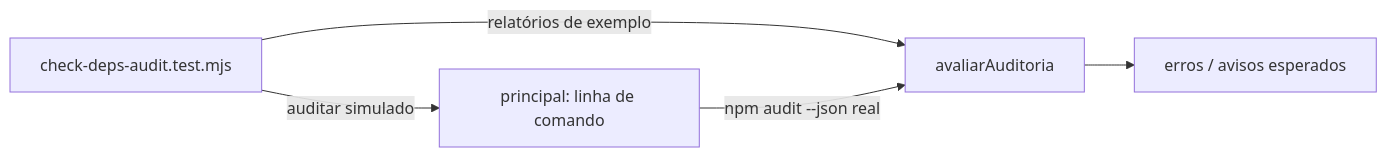
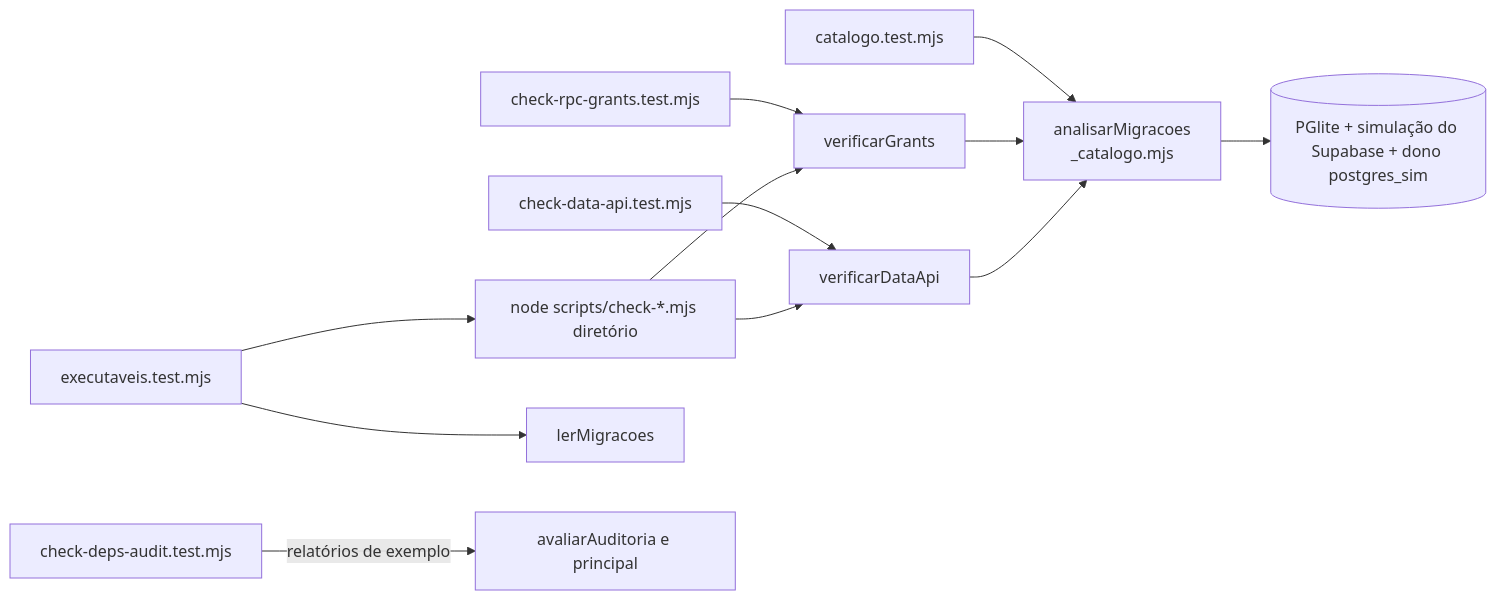
One commit to TokumoH/RevocastCameras changed the diagram in scripts/tests/README.md. Above: the diagram before and after it, drawn with Mermaid. The commit also changed other lines of this file and 14 other files, not shown here.

First line of the commit message:
feat: E0 Tarefa 4 — checagens rpc:grants-check e data-api:check (VER-011)

````diff
--- a/scripts/tests/README.md
+++ b/scripts/tests/README.md
@@ -51,7 +66,12 @@
 ```mermaid
 flowchart LR
-    T[check-deps-audit.test.mjs] -->|relatórios de exemplo| A[avaliarAuditoria]
-    A --> E[erros / avisos esperados]
-    C[principal: linha de comando] -->|npm audit --json real| A
-    T -->|auditar simulado| C
+    T1[check-rpc-grants.test.mjs] --> F1[verificarGrants]
+    T2[check-data-api.test.mjs] --> F2[verificarDataApi]
+    T5[catalogo.test.mjs] --> AM
+    F1 & F2 --> AM[analisarMigracoes<br/>_catalogo.mjs]
+    AM --> PG[(PGlite + simulação do Supabase + dono postgres_sim)]
+    T3[executaveis.test.mjs] --> CLI[node scripts/check-*.mjs diretório]
+    T3 --> LM[lerMigracoes]
+    CLI --> F1 & F2
+    T4[check-deps-audit.test.mjs] -->|relatórios de exemplo| F4[avaliarAuditoria e principal]
 ```
````
